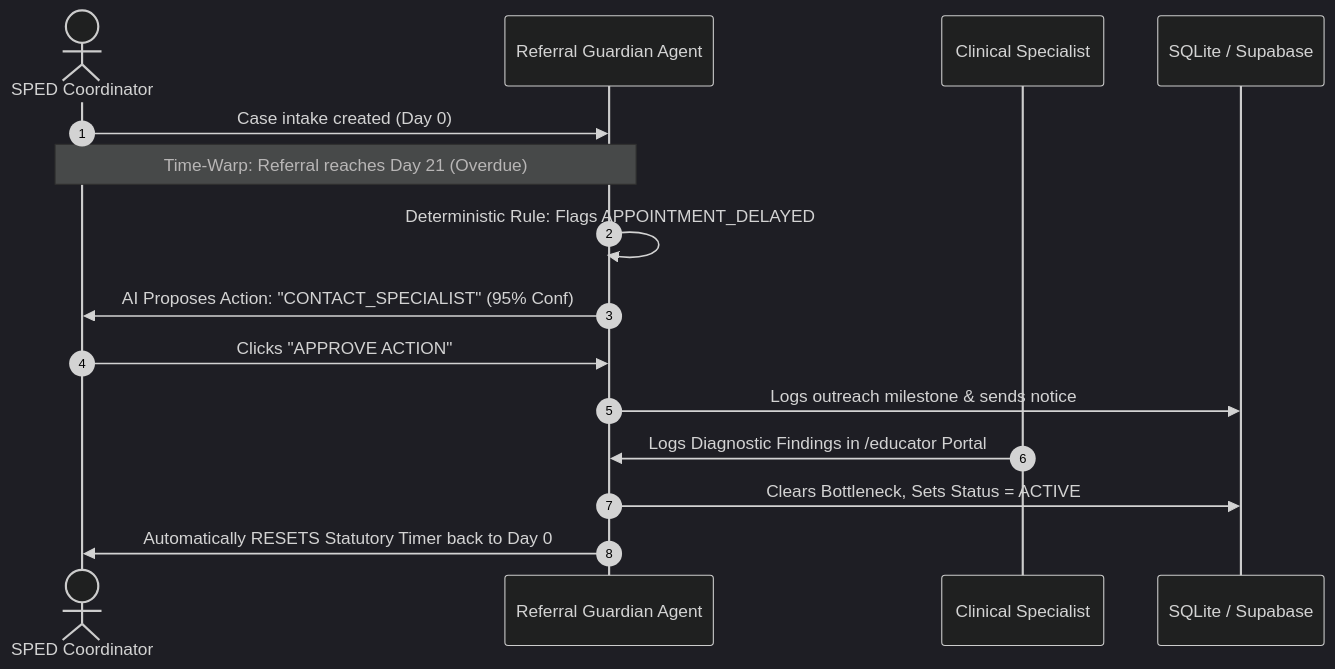
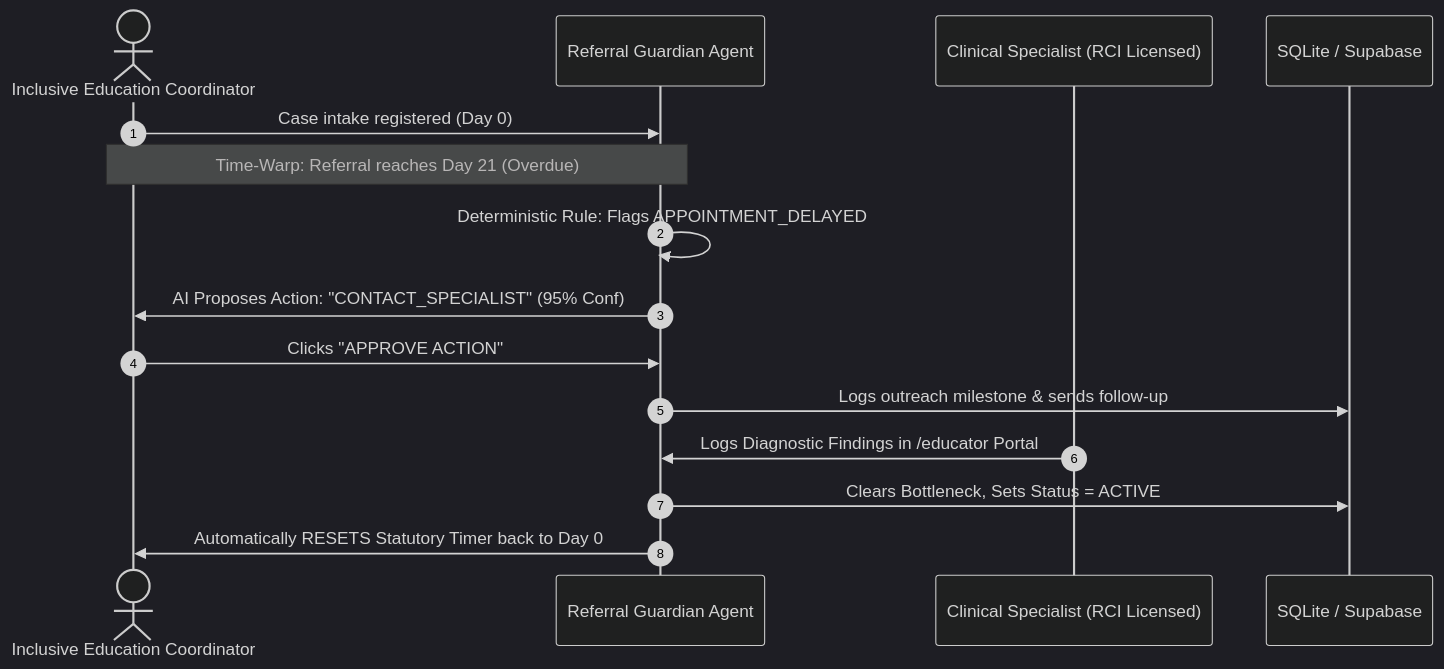
One commit to callmekriztal/Referal_Guardian changed the first of 3 diagrams in README.md. Above: the diagram before and after it, drawn with Mermaid (dark theme). The commit also changed other lines of this file and 3 other files, not shown here.

Commit message:
docs: adapt documentation and statutory references for India's RPwD Act 2016 and inclusive education framework

````diff
--- a/README.md
+++ b/README.md
@@ -72,18 +85,18 @@
 ```mermaid
 sequenceDiagram
     autonumber
-    actor Coordinator as SPED Coordinator
+    actor Coordinator as Inclusive Education Coordinator
     participant Guardian as Referral Guardian Agent
-    participant Doctor as Clinical Specialist
+    participant Doctor as Clinical Specialist (RCI Licensed)
     participant DB as SQLite / Supabase
 
-    Coordinator->>Guardian: Case intake created (Day 0)
+    Coordinator->>Guardian: Case intake registered (Day 0)
     Note over Coordinator,Guardian: Time-Warp: Referral reaches Day 21 (Overdue)
     Guardian->>Guardian: Deterministic Rule: Flags APPOINTMENT_DELAYED
     Guardian->>Coordinator: AI Proposes Action: "CONTACT_SPECIALIST" (95% Conf)
     Coordinator->>Guardian: Clicks "APPROVE ACTION"
-    Guardian->>DB: Logs outreach milestone & sends notice
+    Guardian->>DB: Logs outreach milestone & sends follow-up
     Doctor->>Guardian: Logs Diagnostic Findings in /educator Portal
     Guardian->>DB: Clears Bottleneck, Sets Status = ACTIVE
     Guardian->>Coordinator: Automatically RESETS Statutory Timer back to Day 0
 ```
````
